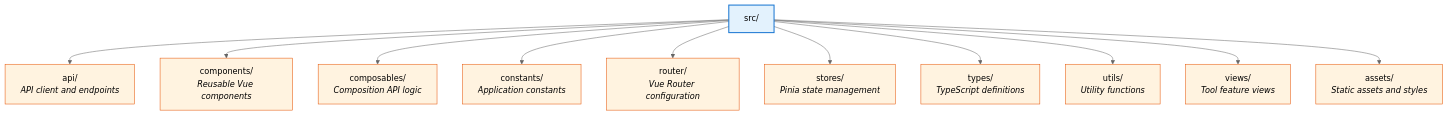
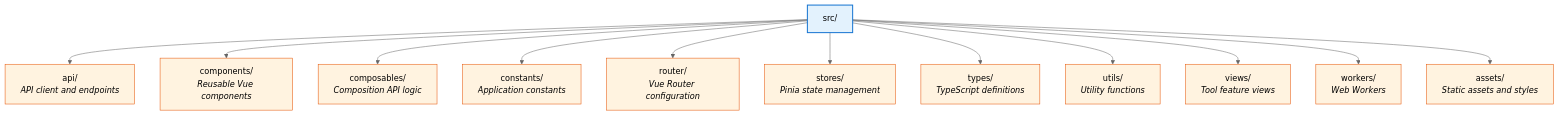
Before and after one commit to seijikohara/web-dev-tools-vue3: the first of 2 diagrams in README.md, drawn with Mermaid (neutral theme). The commit also changed other lines of this file, not shown here.

````diff
--- a/README.md
+++ b/README.md
@@ -221,27 +245,29 @@
 ```mermaid
 graph TD
     src["src/"]
 
     src --> api["api/<br/><i>API client and endpoints</i>"]
     src --> components["components/<br/><i>Reusable Vue components</i>"]
     src --> composables["composables/<br/><i>Composition API logic</i>"]
     src --> constants["constants/<br/><i>Application constants</i>"]
     src --> router["router/<br/><i>Vue Router configuration</i>"]
     src --> stores["stores/<br/><i>Pinia state management</i>"]
     src --> types["types/<br/><i>TypeScript definitions</i>"]
     src --> utils["utils/<br/><i>Utility functions</i>"]
     src --> views["views/<br/><i>Tool feature views</i>"]
+    src --> workers["workers/<br/><i>Web Workers</i>"]
     src --> assets["assets/<br/><i>Static assets and styles</i>"]
 
     style src fill:#e3f2fd,stroke:#1976d2,stroke-width:2px
     style api fill:#fff3e0,stroke:#e65100,stroke-width:1px
     style components fill:#fff3e0,stroke:#e65100,stroke-width:1px
     style composables fill:#fff3e0,stroke:#e65100,stroke-width:1px
     style constants fill:#fff3e0,stroke:#e65100,stroke-width:1px
     style router fill:#fff3e0,stroke:#e65100,stroke-width:1px
     style stores fill:#fff3e0,stroke:#e65100,stroke-width:1px
     style types fill:#fff3e0,stroke:#e65100,stroke-width:1px
     style utils fill:#fff3e0,stroke:#e65100,stroke-width:1px
     style views fill:#fff3e0,stroke:#e65100,stroke-width:1px
+    style workers fill:#fff3e0,stroke:#e65100,stroke-width:1px
     style assets fill:#fff3e0,stroke:#e65100,stroke-width:1px
 ```
````
